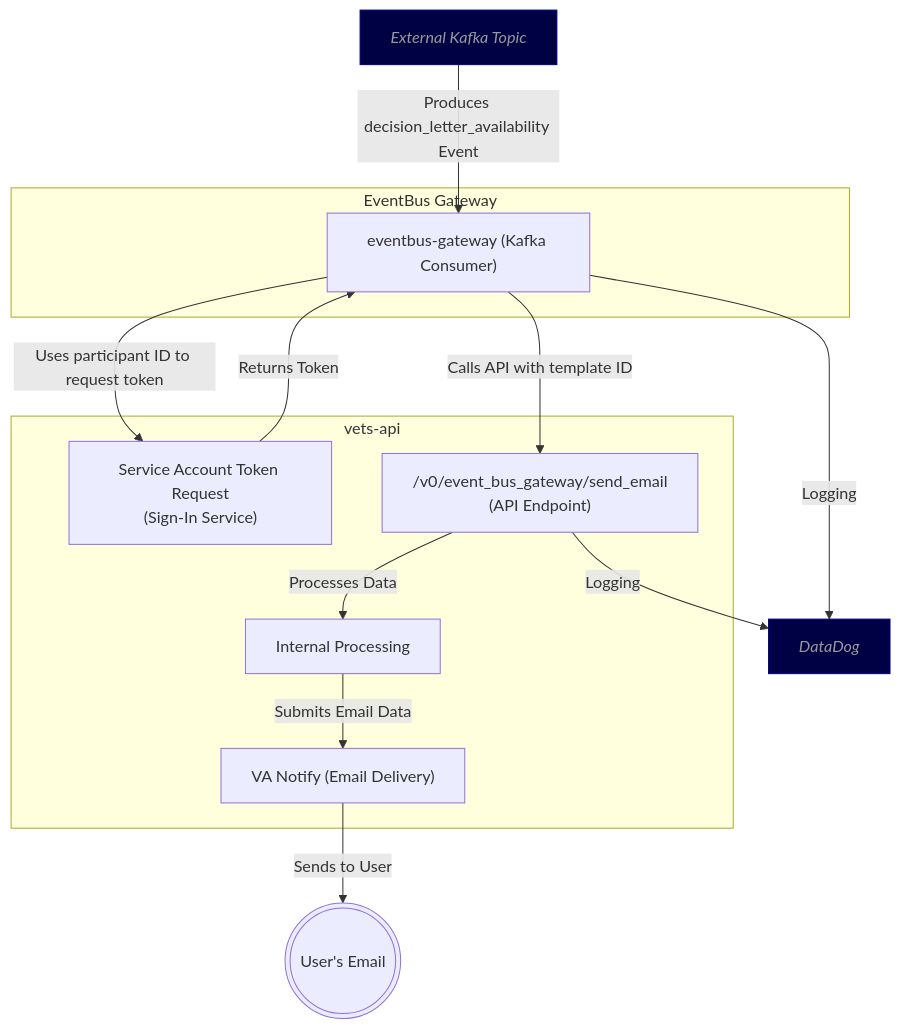
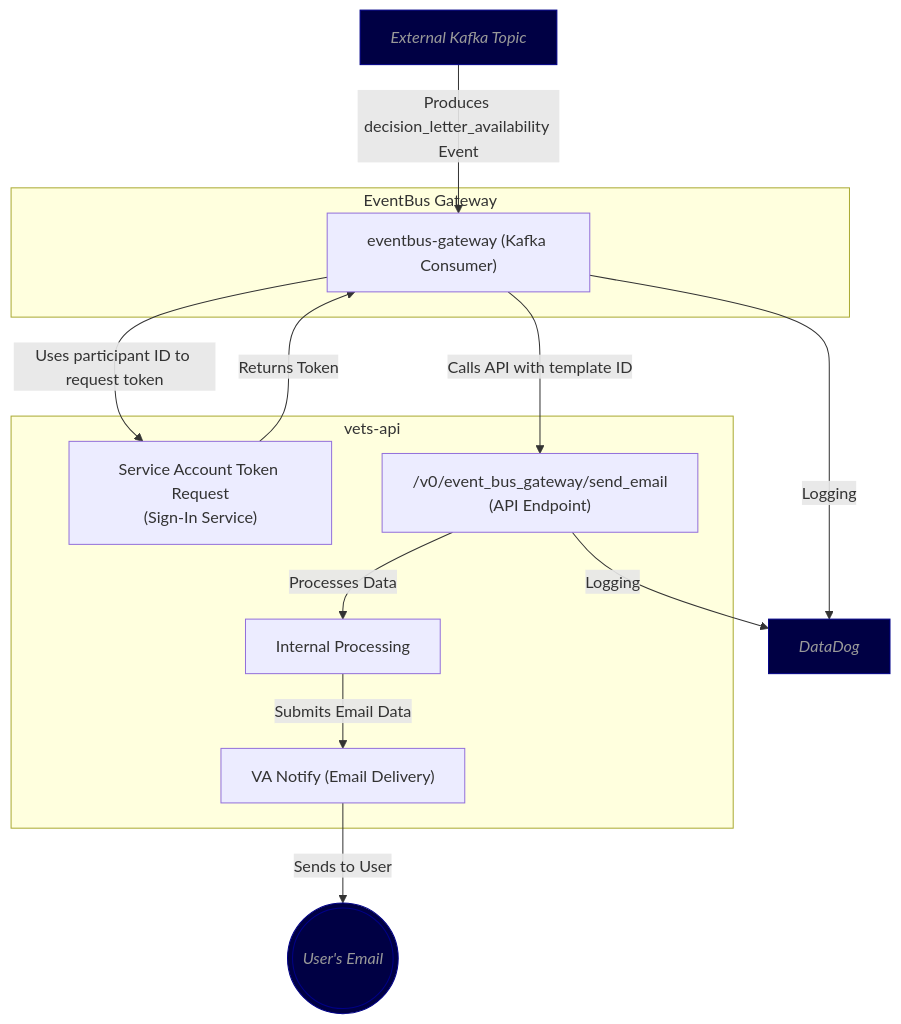
The diagram in products/claim-appeal-status/event-bus-notify/Architecture Diagram.md (department-of-veterans-affairs/va.gov-team), drawn with Mermaid before and after one commit.

Commit message:
Update Architecture Diagram.md

````diff
--- a/products/claim-appeal-status/event-bus-notify/Architecture Diagram.md
+++ b/products/claim-appeal-status/event-bus-notify/Architecture Diagram.md
@@ -3,32 +3,32 @@
 ```mermaid
 flowchart TD
     A[External Kafka Topic]:::external
     G[DataDog]:::external
 
     subgraph EventBus Gateway
       B["eventbus-gateway (Kafka Consumer)"]
     end
 
     subgraph vets-api
       C["Service Account Token Request<br/>(Sign-In Service)"]
       D["/v0/event_bus_gateway/send_email<br/>(API Endpoint)"]
       E[Internal Processing]
       F["VA Notify (Email Delivery)"]
     end
 
-    H(((User's Email)))
+    H(((User's Email))):::external
 
     %% Flow
     A -- Produces decision_letter_availability Event --> B
     B -- Uses participant ID to request token --> C
     C -- Returns Token --> B
     B -- Calls API with template ID --> D
     D -- Processes Data --> E
     E -- Submits Email Data --> F
     B -- Logging --> G
     D -- Logging --> G
     F -- Sends to User --> H
 
     classDef external color:#999,fill:#004,stroke:#008,font-style:italic;
     classDef note color:#000,fill:#ff88,stroke:#fff8,stroke-width:5px,font-size:0.9rem;
 ```
````
